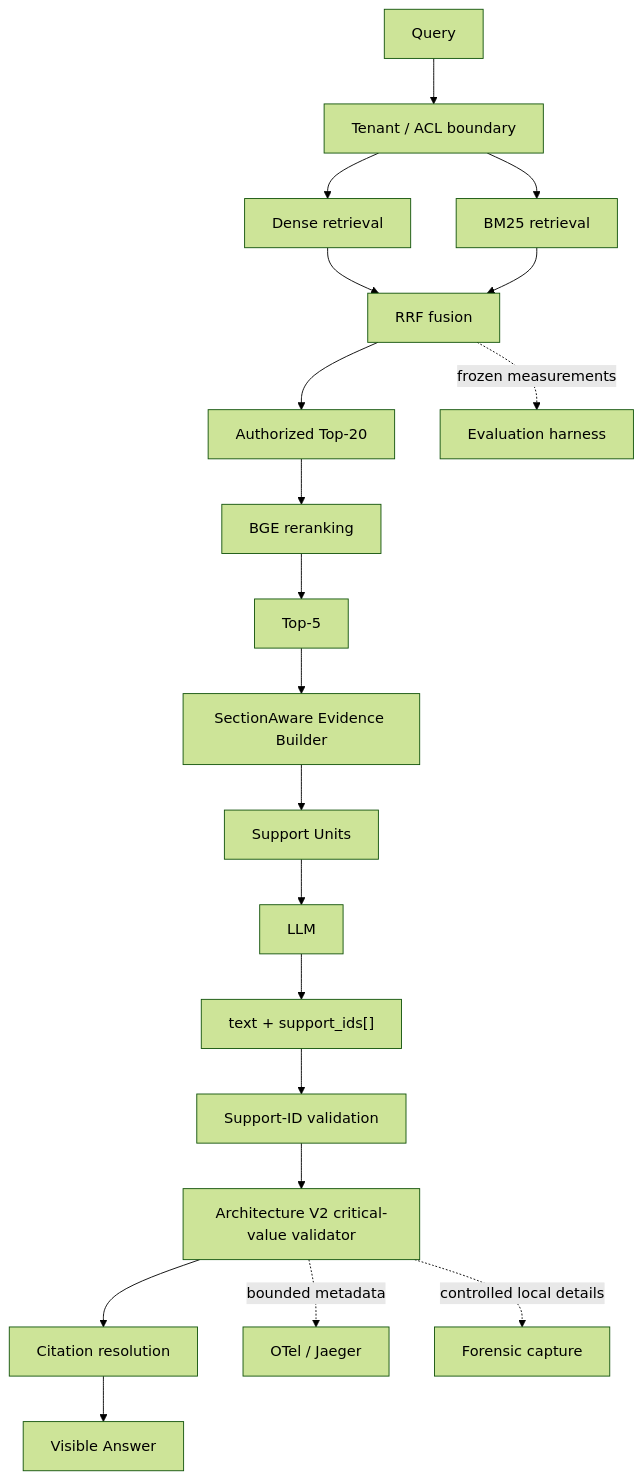
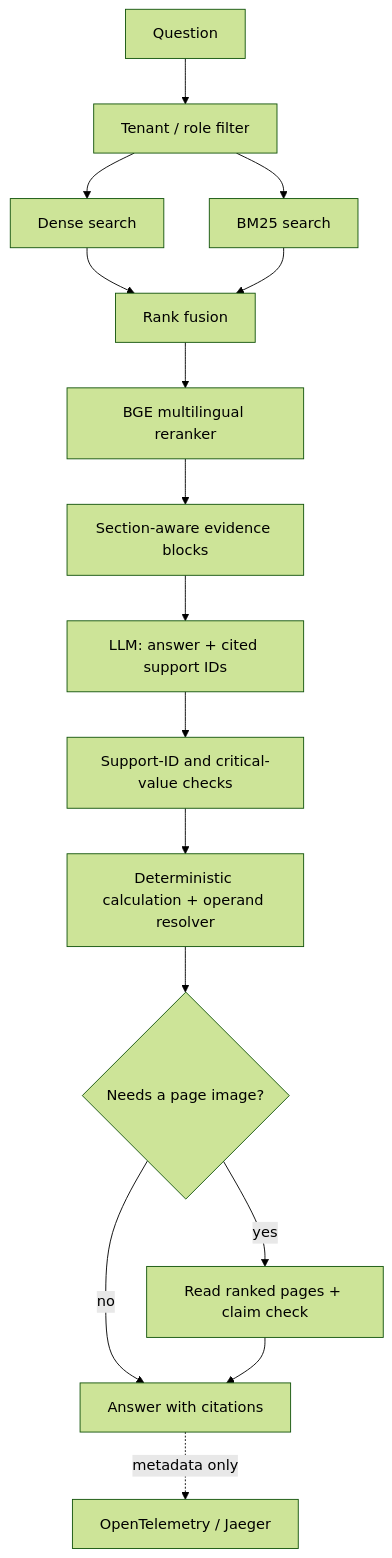
Before and after one commit to negativexq/knowledge-base-rag: the diagram in README.md, drawn with Mermaid (forest theme). The commit also changed other lines of this file and 23 other files, not shown here.

````diff
--- a/README.md
+++ b/README.md
@@ -132,23 +56,18 @@
 ```mermaid
 flowchart TD
-    Query[Query] --> ACL[Tenant / ACL boundary]
-    ACL --> Dense[Dense retrieval]
-    ACL --> BM25[BM25 retrieval]
-    Dense --> RRF[RRF fusion]
-    BM25 --> RRF
-    RRF --> Candidates["Authorized Top-20"]
-    Candidates --> Rerank["BGE reranking"]
-    Rerank --> Top5["Top-5"]
-    Top5 --> Evidence[SectionAware Evidence Builder]
-    Evidence --> Units[Support Units]
-    Units --> LLM[LLM]
-    LLM --> Answer["text + support_ids[]"]
-    Answer --> Support[Support-ID validation]
-    Support --> Critical[Architecture V2 critical-value validator]
-    Critical --> Citation[Citation resolution]
-    Citation --> Visible[Visible Answer]
-
-    Critical -. bounded metadata .-> OTel[OTel / Jaeger]
-    Critical -. controlled local details .-> Forensic[Forensic capture]
-    RRF -. frozen measurements .-> Eval[Evaluation harness]
+    Q[Question] --> ACL[Tenant / role filter]
+    ACL --> Dense[Dense search]
+    ACL --> Sparse[BM25 search]
+    Dense --> RRF[Rank fusion]
+    Sparse --> RRF
+    RRF --> Rerank[BGE multilingual reranker]
+    Rerank --> Evidence[Section-aware evidence blocks]
+    Evidence --> LLM[LLM: answer + cited support IDs]
+    LLM --> Validate[Support-ID and critical-value checks]
+    Validate --> Derived[Deterministic calculation + operand resolver]
+    Derived --> Visual{Needs a page image?}
+    Visual -- yes --> Pages[Read ranked pages + claim check]
+    Visual -- no --> Answer[Answer with citations]
+    Pages --> Answer
+    Answer -. metadata only .-> OTel[OpenTelemetry / Jaeger]
 ```
````
